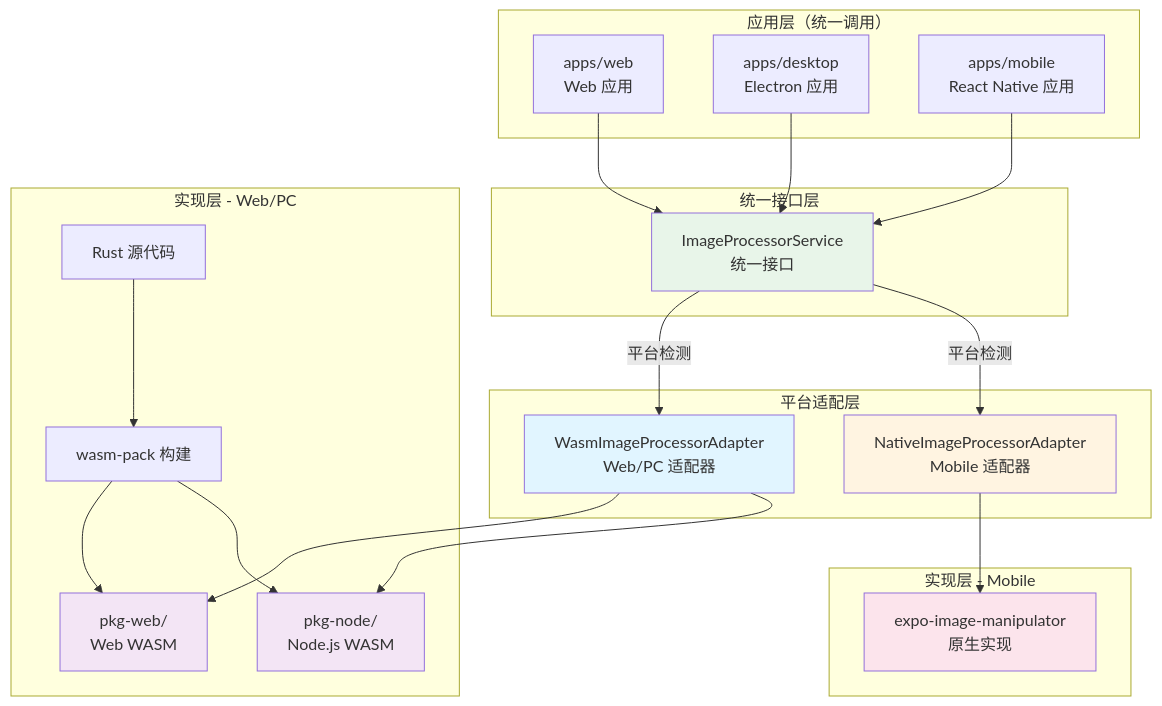
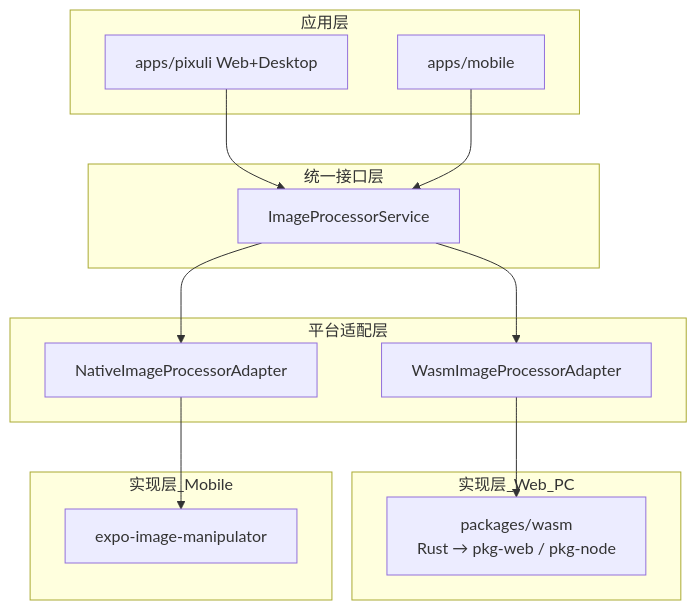
One commit to trueLoving/Pixuli changed the first of 2 diagrams in .github/02-design/02-cross-image-process.md. Above: the diagram before and after it, drawn with Mermaid. The commit also changed other lines of this file and 6 other files, not shown here.

````diff
--- a/.github/02-design/02-cross-image-process.md
+++ b/.github/02-design/02-cross-image-process.md
@@ -122,50 +74,31 @@
 ```mermaid
 graph TB
-    subgraph "应用层（统一调用）"
-        A1[apps/web<br/>Web 应用]
-        A2[apps/desktop<br/>Electron 应用]
-        A3[apps/mobile<br/>React Native 应用]
+    subgraph 应用层
+        A1[apps/pixuli Web+Desktop]
+        A2[apps/mobile]
     end
 
-    subgraph "统一接口层"
-        B[ImageProcessorService<br/>统一接口]
+    subgraph 统一接口层
+        B[ImageProcessorService]
     end
 
-    subgraph "平台适配层"
-        C1[WasmImageProcessorAdapter<br/>Web/PC 适配器]
-        C2[NativeImageProcessorAdapter<br/>Mobile 适配器]
+    subgraph 平台适配层
+        C1[WasmImageProcessorAdapter]
+        C2[NativeImageProcessorAdapter]
     end
 
-    subgraph "实现层 - Web/PC"
-        D1[Rust 源代码]
-        D2[wasm-pack 构建]
-        D3[pkg-web/<br/>Web WASM]
-        D4[pkg-node/<br/>Node.js WASM]
+    subgraph 实现层_Web_PC
+        D[packages/wasm<br/>Rust → pkg-web / pkg-node]
     end
 
-    subgraph "实现层 - Mobile"
-        E1[expo-image-manipulator<br/>原生实现]
+    subgraph 实现层_Mobile
+        E[expo-image-manipulator]
     end
 
     A1 --> B
     A2 --> B
-    A3 --> B
-
-    B -->|平台检测| C1
-    B -->|平台检测| C2
-
-    C1 --> D3
-    C1 --> D4
-    D1 --> D2
-    D2 --> D3
-    D2 --> D4
-
-    C2 --> E1
-
-    style B fill:#e8f5e9
-    style C1 fill:#e1f5ff
-    style C2 fill:#fff4e1
-    style D3 fill:#f3e5f5
-    style D4 fill:#f3e5f5
-    style E1 fill:#fce4ec
+    B --> C1
+    B --> C2
+    C1 --> D
+    C2 --> E
 ```
````
